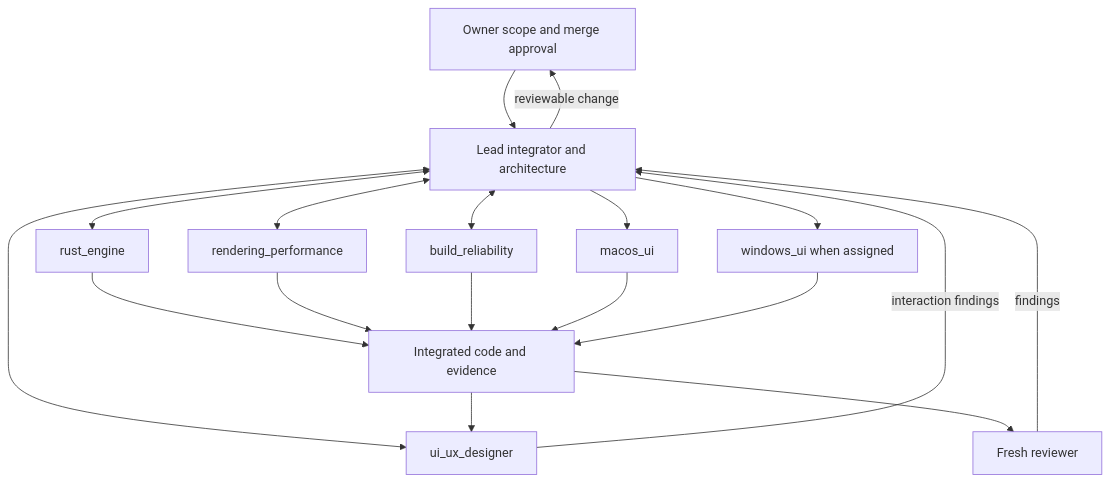
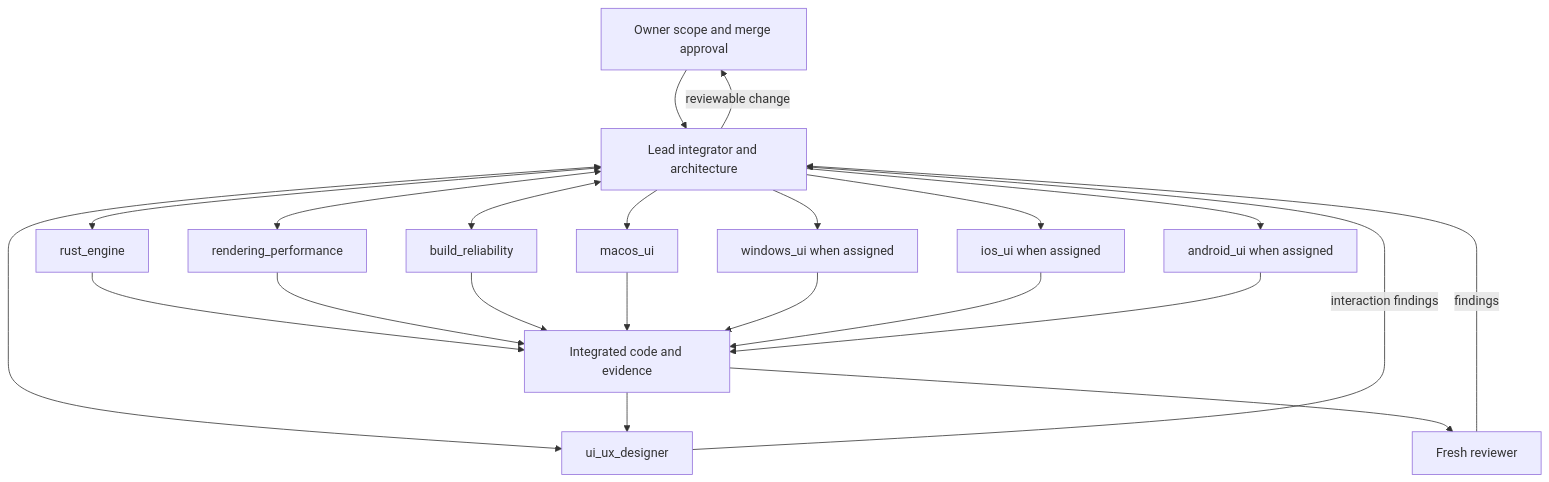
The second of 2 diagrams in docs/refactoring-plan.md (AlexandrLesiv/nativesketch), drawn with Mermaid before and after one commit. The commit also changed other lines of this file and 12 other files, not shown here.

````diff
--- a/docs/refactoring-plan.md
+++ b/docs/refactoring-plan.md
@@ -96,20 +99,24 @@
 ```mermaid
 flowchart TB
     Owner[Owner scope and merge approval] --> Lead[Lead integrator and architecture]
     Lead <--> Designer[ui_ux_designer]
     Lead <--> Rust[rust_engine]
     Lead <--> Render[rendering_performance]
     Lead <--> Reliability[build_reliability]
     Lead --> Mac[macos_ui]
     Lead --> Windows[windows_ui when assigned]
+    Lead --> IOS[ios_ui when assigned]
+    Lead --> Android[android_ui when assigned]
     Rust --> Integrated[Integrated code and evidence]
     Render --> Integrated
     Reliability --> Integrated
     Mac --> Integrated
     Windows --> Integrated
+    IOS --> Integrated
+    Android --> Integrated
     Integrated --> Designer
     Integrated --> Reviewer[Fresh reviewer]
     Reviewer -->|findings| Lead
     Designer -->|interaction findings| Lead
     Lead -->|reviewable change| Owner
 ```
````
